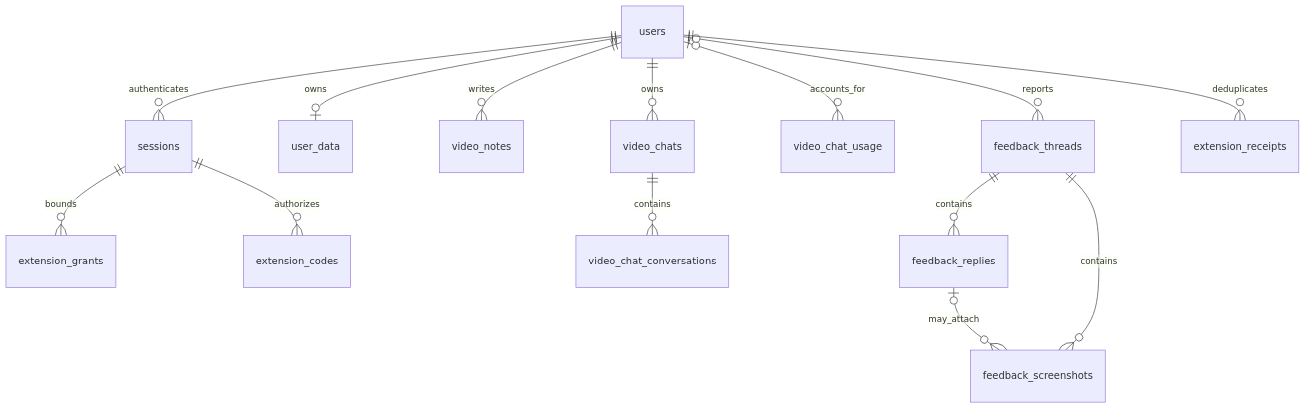
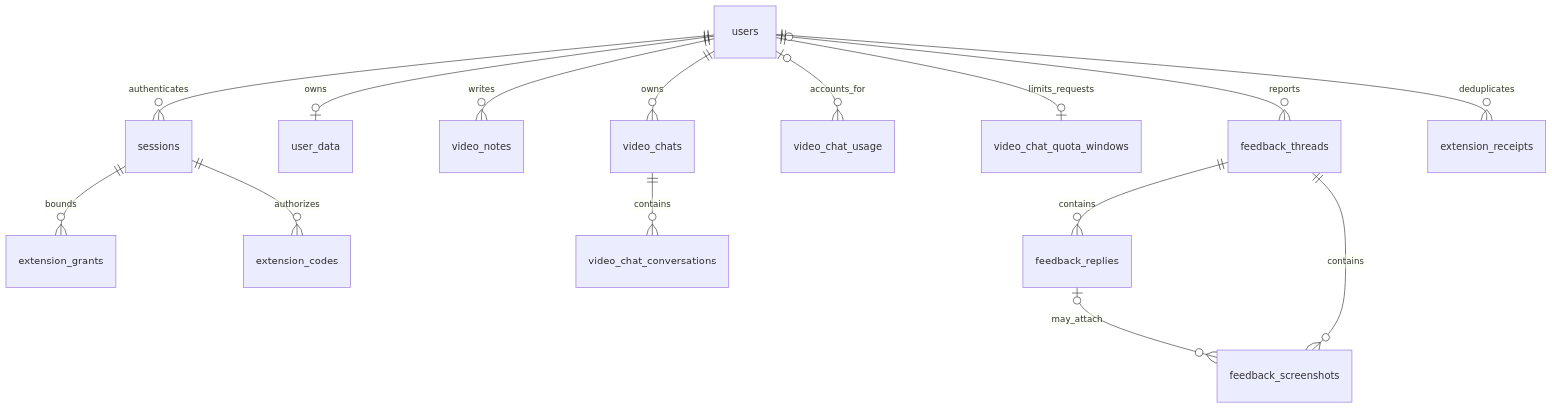
One commit to chakshusalgotra/focus-tube changed the second of 2 diagrams in docs/architecture.md. Above: the diagram before and after it, drawn with Mermaid. The commit also changed other lines of this file and 25 other files, not shown here.

Commit message:
Add six-hour video chat quotas for active members

````diff
--- a/docs/architecture.md
+++ b/docs/architecture.md
@@ -81,16 +82,17 @@
 ```mermaid
 erDiagram
     users ||--o{ sessions : authenticates
     users ||--o| user_data : owns
     users ||--o{ video_notes : writes
     users ||--o{ video_chats : owns
     video_chats ||--o{ video_chat_conversations : contains
     users o|--o{ video_chat_usage : accounts_for
+    users ||--o| video_chat_quota_windows : limits_requests
     users o|--o{ feedback_threads : reports
     feedback_threads ||--o{ feedback_replies : contains
     feedback_threads ||--o{ feedback_screenshots : contains
     feedback_replies o|--o{ feedback_screenshots : may_attach
     sessions ||--o{ extension_grants : bounds
     sessions ||--o{ extension_codes : authorizes
     users ||--o{ extension_receipts : deduplicates
 ```
````
